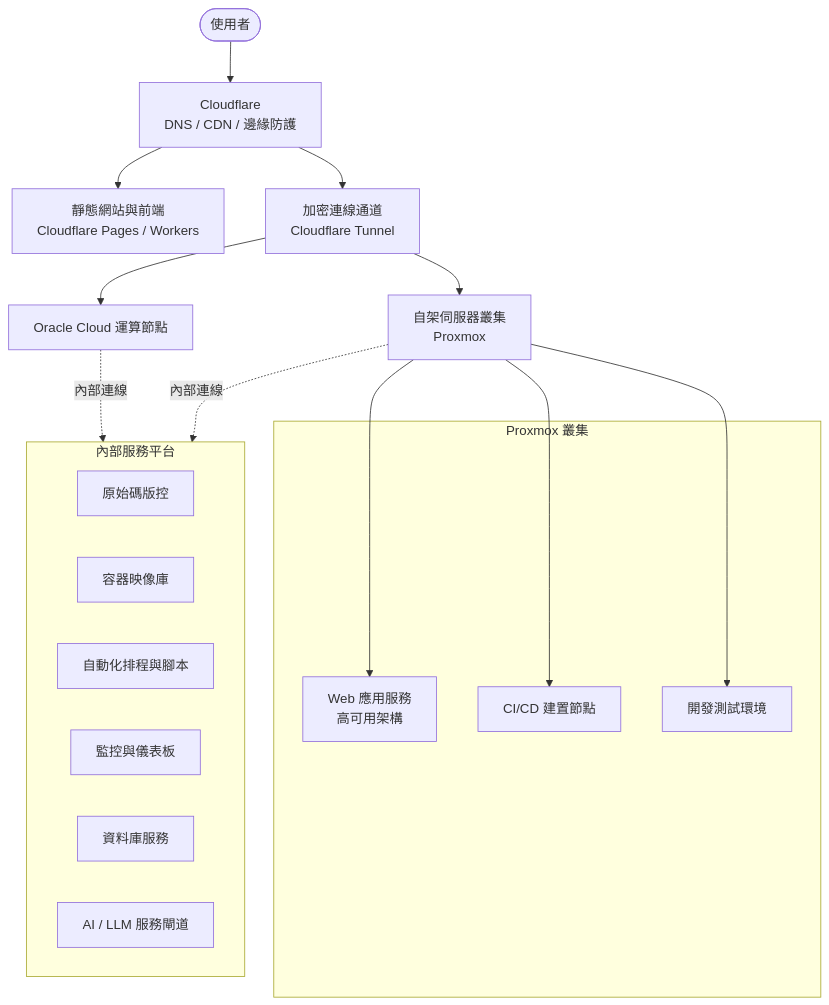
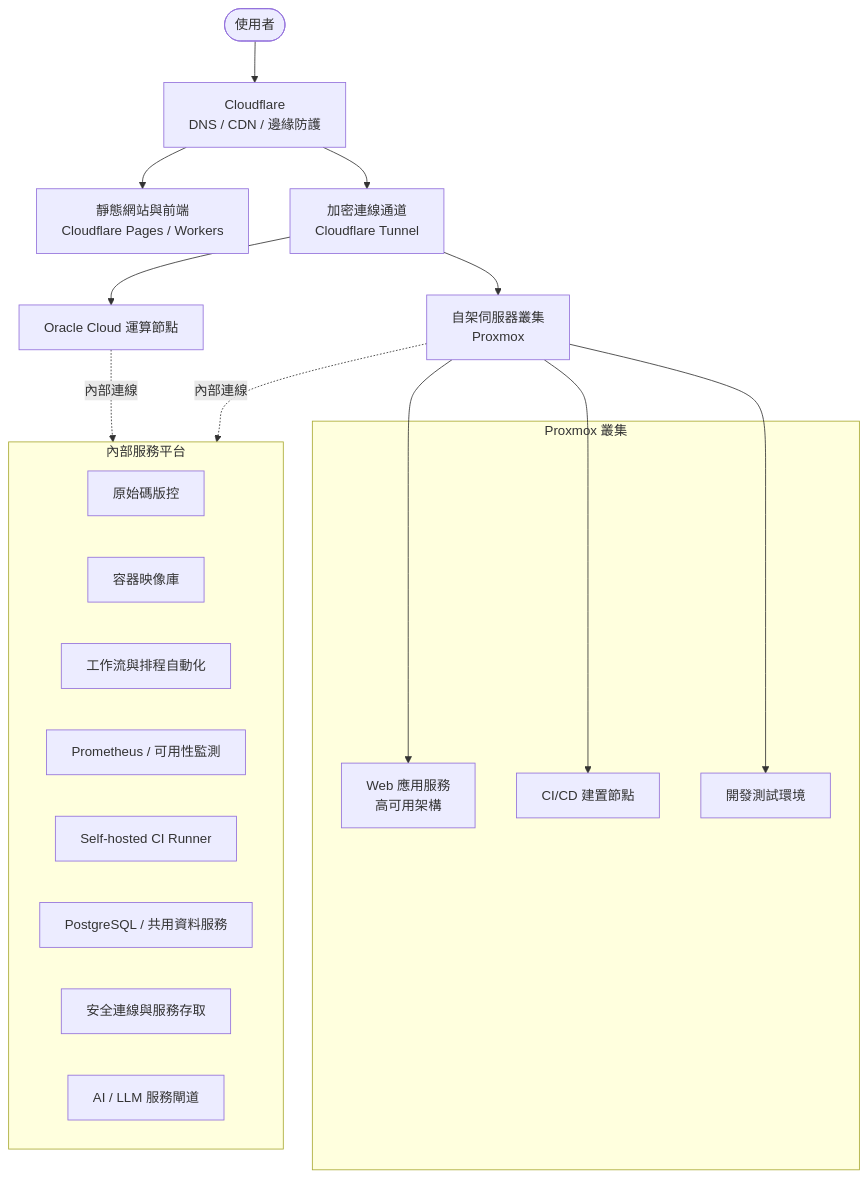
Before and after one commit to firstsun-dev/.github: the diagram in docs/infrastructure-overview.md, drawn with Mermaid. The commit also changed other lines of this file, not shown here.

````diff
--- a/docs/infrastructure-overview.md
+++ b/docs/infrastructure-overview.md
@@ -7,32 +7,34 @@
 ```mermaid
 flowchart TD
     User([使用者]) --> CF[Cloudflare<br/>DNS / CDN / 邊緣防護]
 
     CF --> Pages[靜態網站與前端<br/>Cloudflare Pages / Workers]
     CF --> Tunnel[加密連線通道<br/>Cloudflare Tunnel]
 
     Tunnel --> Oracle[Oracle Cloud 運算節點]
     Tunnel --> Proxmox[自架伺服器叢集<br/>Proxmox]
 
     subgraph Proxmox 叢集
         Web[Web 應用服務<br/>高可用架構]
         CI[CI/CD 建置節點]
         Dev[開發測試環境]
     end
 
     Proxmox --> Web
     Proxmox --> CI
     Proxmox --> Dev
 
     subgraph 內部服務平台
         Git[原始碼版控]
         Registry[容器映像庫]
-        Automation[自動化排程與腳本]
-        Monitor[監控與儀表板]
-        Data[資料庫服務]
+        Automation[工作流與排程自動化]
+        Monitor[Prometheus / 可用性監測]
+        Runner[Self-hosted CI Runner]
+        Data[PostgreSQL / 共用資料服務]
+        Access[安全連線與服務存取]
         AIGateway[AI / LLM 服務閘道]
     end
 
     Proxmox -. 內部連線 .-> 內部服務平台
     Oracle -. 內部連線 .-> 內部服務平台
 ```
````
